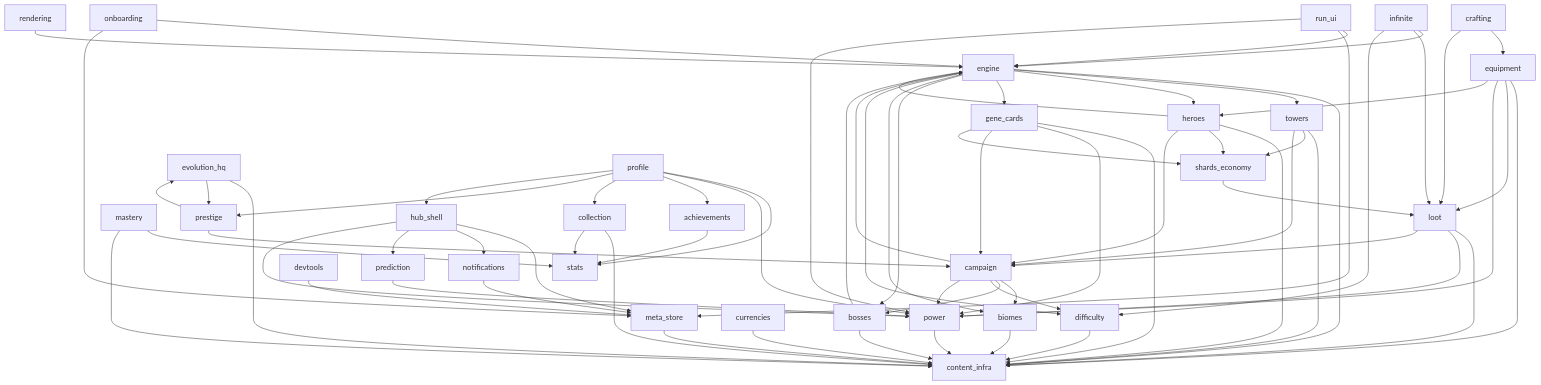
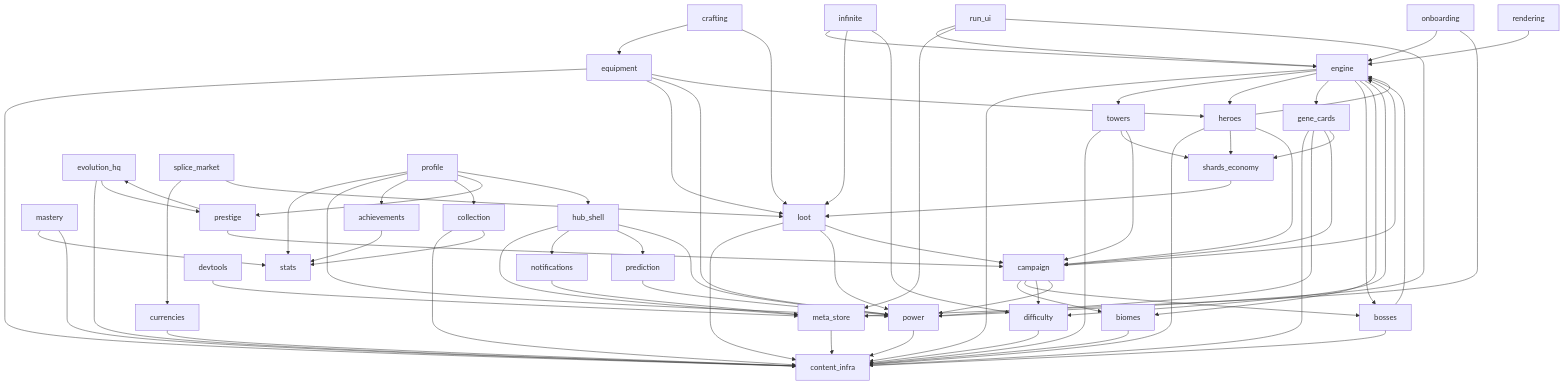
One commit to jathanalston-ship-it/TowerDefenseGame changed the diagram in docs/DEPENDENCY_GRAPH.md. Above: the diagram before and after it, drawn with Mermaid. The commit also changed other lines of this file and 23 other files, not shown here.

First line of the commit message:
Splice Market + Ichor: refreshing store and the premium currency loop

````diff
--- a/docs/DEPENDENCY_GRAPH.md
+++ b/docs/DEPENDENCY_GRAPH.md
@@ -10,74 +10,76 @@
 ```mermaid
 graph TD
   engine --> content_infra
   engine --> towers
   engine --> heroes
   engine --> gene_cards
   engine --> bosses
   engine --> biomes
   engine --> difficulty
   power --> content_infra
   campaign --> engine
   campaign --> biomes
   campaign --> bosses
   campaign --> difficulty
   campaign --> power
   infinite --> engine
   infinite --> loot
   infinite --> difficulty
   towers --> content_infra
   towers --> shards_economy
   towers --> campaign
   mastery --> stats
   mastery --> content_infra
   heroes --> content_infra
   heroes --> engine
   heroes --> shards_economy
   heroes --> campaign
   equipment --> content_infra
   equipment --> loot
   equipment --> power
   equipment --> heroes
   crafting --> equipment
   crafting --> loot
   loot --> content_infra
   loot --> power
   loot --> campaign
   gene_cards --> content_infra
   gene_cards --> power
   gene_cards --> campaign
   gene_cards --> shards_economy
   shards_economy --> loot
   collection --> content_infra
   collection --> stats
   evolution_hq --> content_infra
   evolution_hq --> prestige
   prestige --> campaign
   prestige --> evolution_hq
   currencies --> content_infra
+  splice_market --> currencies
+  splice_market --> loot
   achievements --> stats
   profile --> stats
   profile --> power
   profile --> achievements
   profile --> collection
   profile --> prestige
   profile --> hub_shell
   onboarding --> engine
   onboarding --> meta_store
   hub_shell --> meta_store
   hub_shell --> notifications
   hub_shell --> prediction
   hub_shell --> power
   run_ui --> engine
   run_ui --> meta_store
   run_ui --> power
   notifications --> meta_store
   prediction --> power
   meta_store --> content_infra
   bosses --> engine
   bosses --> content_infra
   biomes --> content_infra
   difficulty --> content_infra
   rendering --> engine
   devtools --> meta_store
 ```
````
